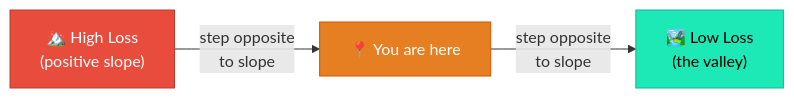
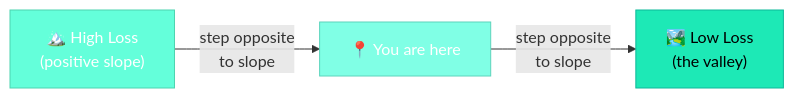
The diagram in docs/02-calculus-and-autograd/00-why-we-need-derivatives.md (iamkhalid2/microgpt-course), drawn with Mermaid before and after one commit. The commit also changed 23 other files, not shown here.

````diff
--- a/docs/02-calculus-and-autograd/00-why-we-need-derivatives.md
+++ b/docs/02-calculus-and-autograd/00-why-we-need-derivatives.md
@@ -96,9 +96,9 @@
 ```mermaid
 flowchart LR
     A["🏔️ High Loss\n(positive slope)"] -- "step opposite\nto slope" --> B["📍 You are here"]
     B -- "step opposite\nto slope" --> C["🏞️ Low Loss\n(the valley)"]
 
-    style A fill:#e74c3c,stroke:#c0392b,color:#fff
-    style B fill:#e67e22,stroke:#d35400,color:#fff
+    style A fill:#64ffda,stroke:#4dd4b0,color:#fff
+    style B fill:#80ffe5,stroke:#5cd4bc,color:#fff
     style C fill:#1de9b6,stroke:#0db99a,color:#000
 ```
````
